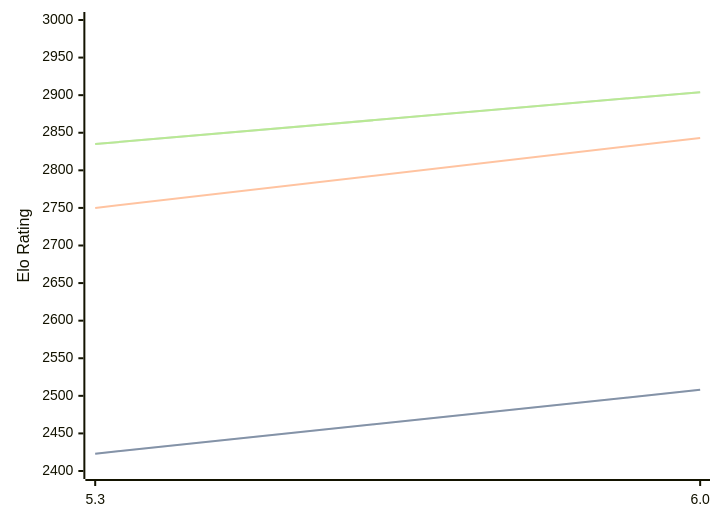
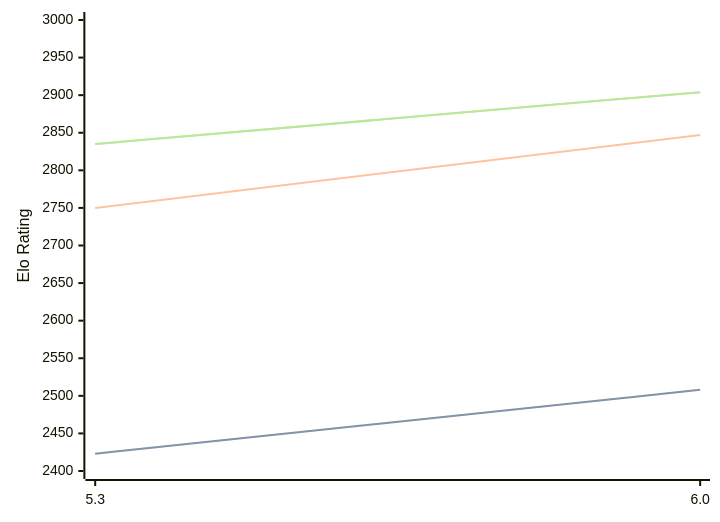
Before and after one commit to computer-chess-index/cci: the diagram in engines/tomitankChess.md, drawn with Mermaid. The commit also changed other lines of this file, not shown here.

````diff
--- a/engines/tomitankChess.md
+++ b/engines/tomitankChess.md
@@ -40,11 +40,11 @@
 ```mermaid
 %%{init: {"theme":"base","themeVariables":{"seriesColors:['#a3a3a3','#222221','#faa371']}}}%%
 xychart-beta
   x-axis ["5.3", "6.0"]
   y-axis "Elo Rating" 2400 --> 3000
   line "STC (8.0+0.08s)" [2423, 2508]
   line "STC (8.0+0.08s)" [2423, 2508]
-  line "LTC (60.0+0.60s)" [2750, 2843]
+  line "LTC (60.0+0.60s)" [2750, 2847]
   line "VLTC (2m24s+1.12s)" [2835, 2904]
   line "VLTC (2m24s+1.12s)" [2835, 2904]
 ```
````
